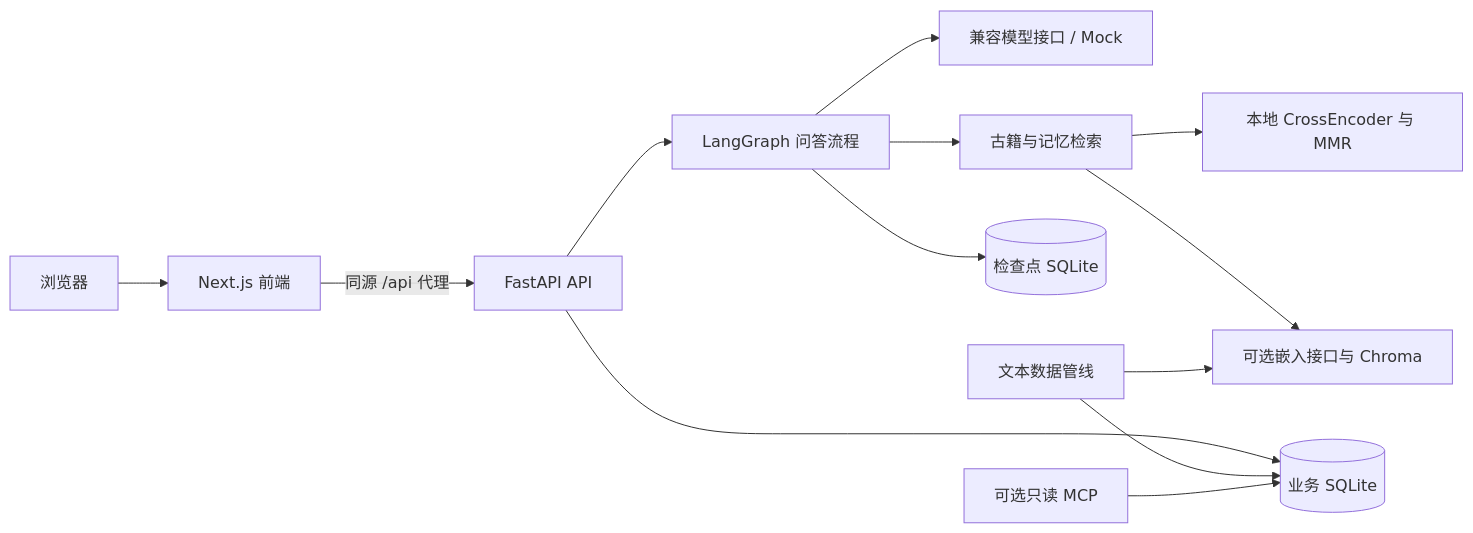
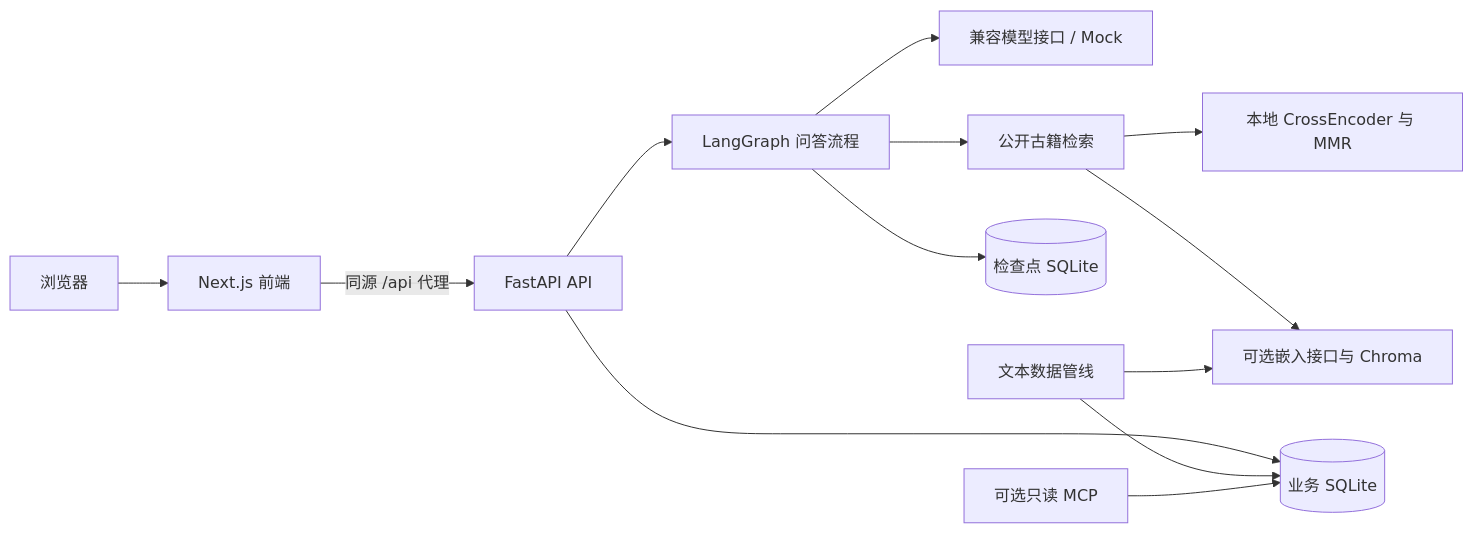
The diagram in docs/architecture.md (fancyncc/QiWen), drawn with Mermaid before and after one commit. The commit also changed other lines of this file and 238 other files, not shown here.

````diff
--- a/docs/architecture.md
+++ b/docs/architecture.md
@@ -7,15 +9,15 @@
 ```mermaid
 flowchart LR
     U[浏览器] --> F[Next.js 前端]
     F -->|同源 /api 代理| A[FastAPI API]
     A --> W[LangGraph 问答流程]
     W --> M[兼容模型接口 / Mock]
-    W --> R[古籍与记忆检索]
+    W --> R[公开古籍检索]
     R --> L[本地 CrossEncoder 与 MMR]
     R --> V[可选嵌入接口与 Chroma]
     A --> D[(业务 SQLite)]
     W --> C[(检查点 SQLite)]
     P[文本数据管线] --> D
     P --> V
     T[可选只读 MCP] --> D
 ```
````
